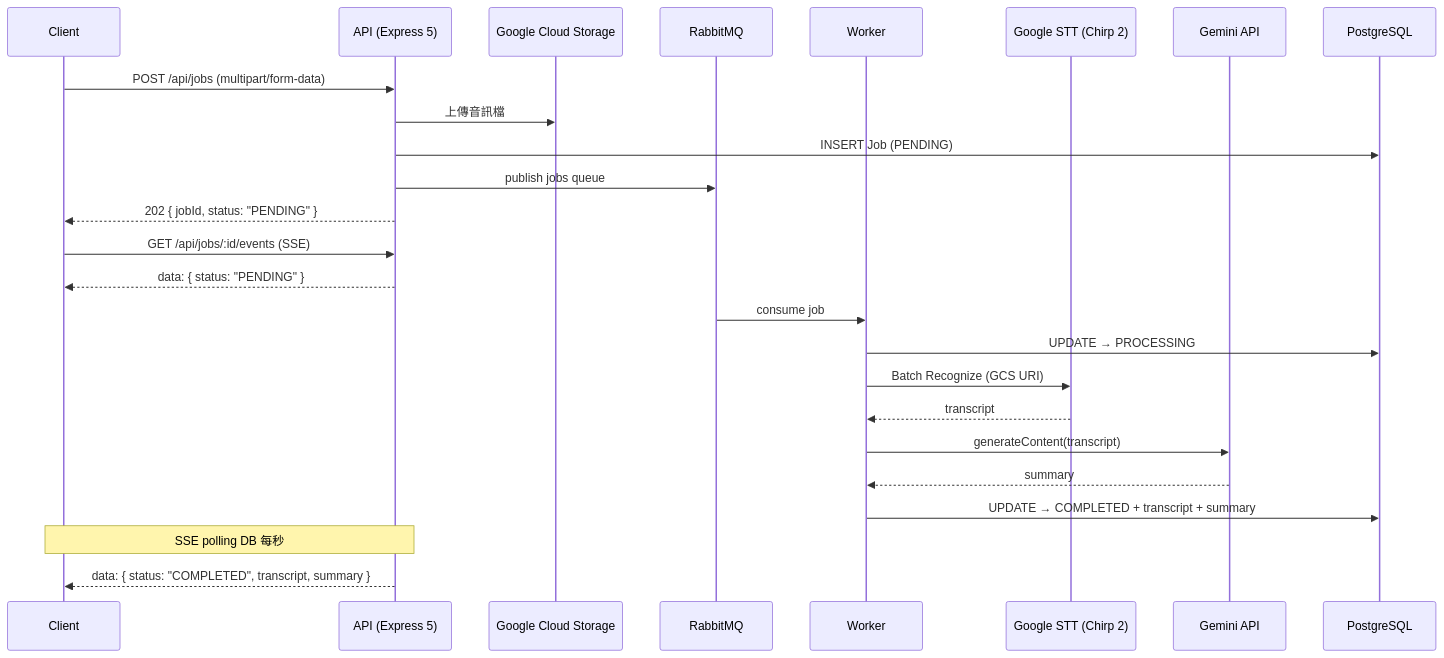
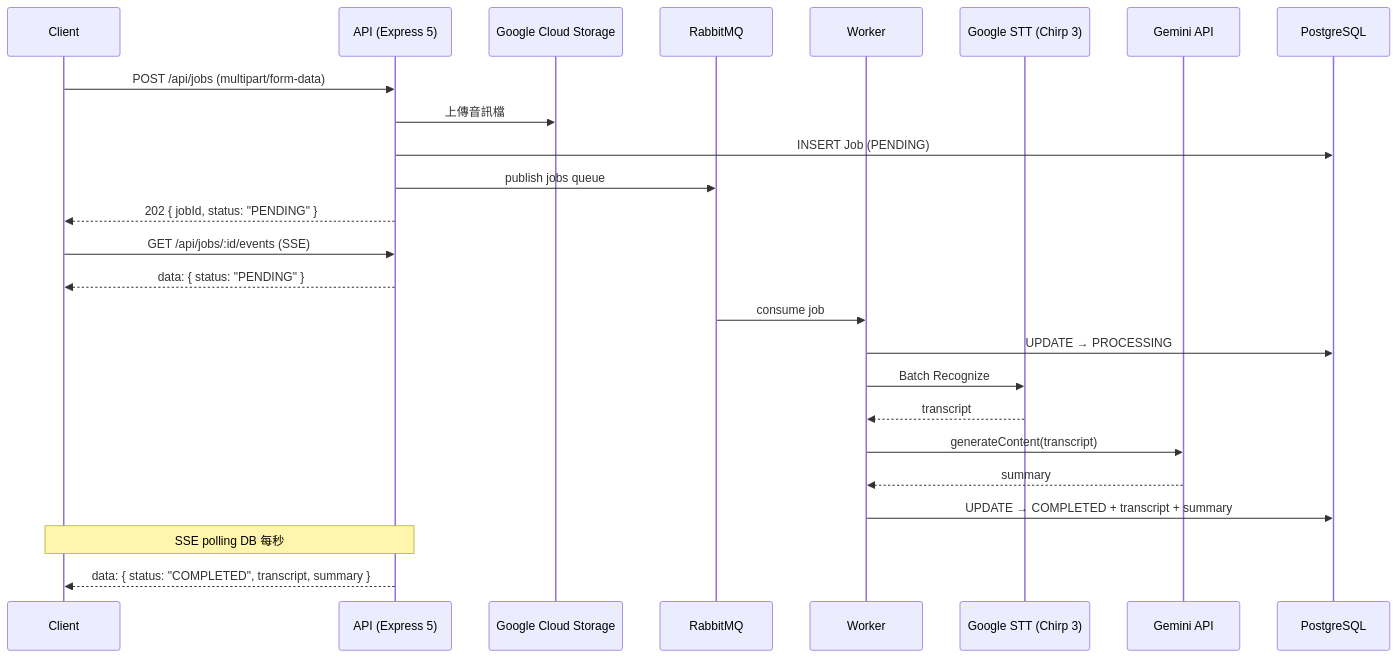
Before and after one commit to lystyp/audio_to_summary: the diagram in README.md, drawn with Mermaid. The commit also changed other lines of this file, not shown here.

````diff
--- a/README.md
+++ b/README.md
@@ -46,31 +49,31 @@
 ```mermaid
 sequenceDiagram
     participant Client
     participant API as API (Express 5)
     participant GCS as Google Cloud Storage
     participant MQ as RabbitMQ
     participant Worker
-    participant STT as Google STT (Chirp 2)
+    participant STT as Google STT (Chirp 3)
     participant LLM as Gemini API
     participant DB as PostgreSQL
 
     Client->>API: POST /api/jobs (multipart/form-data)
     API->>GCS: 上傳音訊檔
     API->>DB: INSERT Job (PENDING)
     API->>MQ: publish jobs queue
     API-->>Client: 202 { jobId, status: "PENDING" }
 
     Client->>API: GET /api/jobs/:id/events (SSE)
     API-->>Client: data: { status: "PENDING" }
 
     MQ->>Worker: consume job
     Worker->>DB: UPDATE → PROCESSING
-    Worker->>STT: Batch Recognize (GCS URI)
+    Worker->>STT: Batch Recognize 
     STT-->>Worker: transcript
     Worker->>LLM: generateContent(transcript)
     LLM-->>Worker: summary
     Worker->>DB: UPDATE → COMPLETED + transcript + summary
 
     Note over API,Client: SSE polling DB 每秒
     API-->>Client: data: { status: "COMPLETED", transcript, summary }
 ```
````
